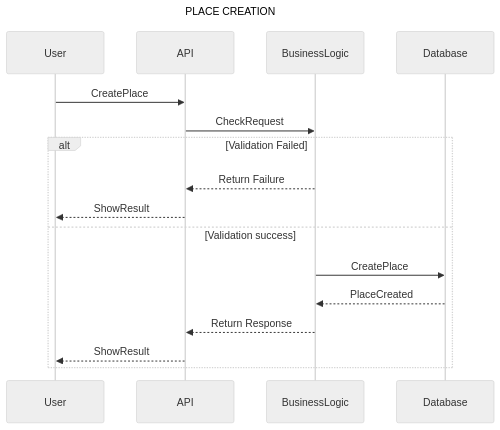
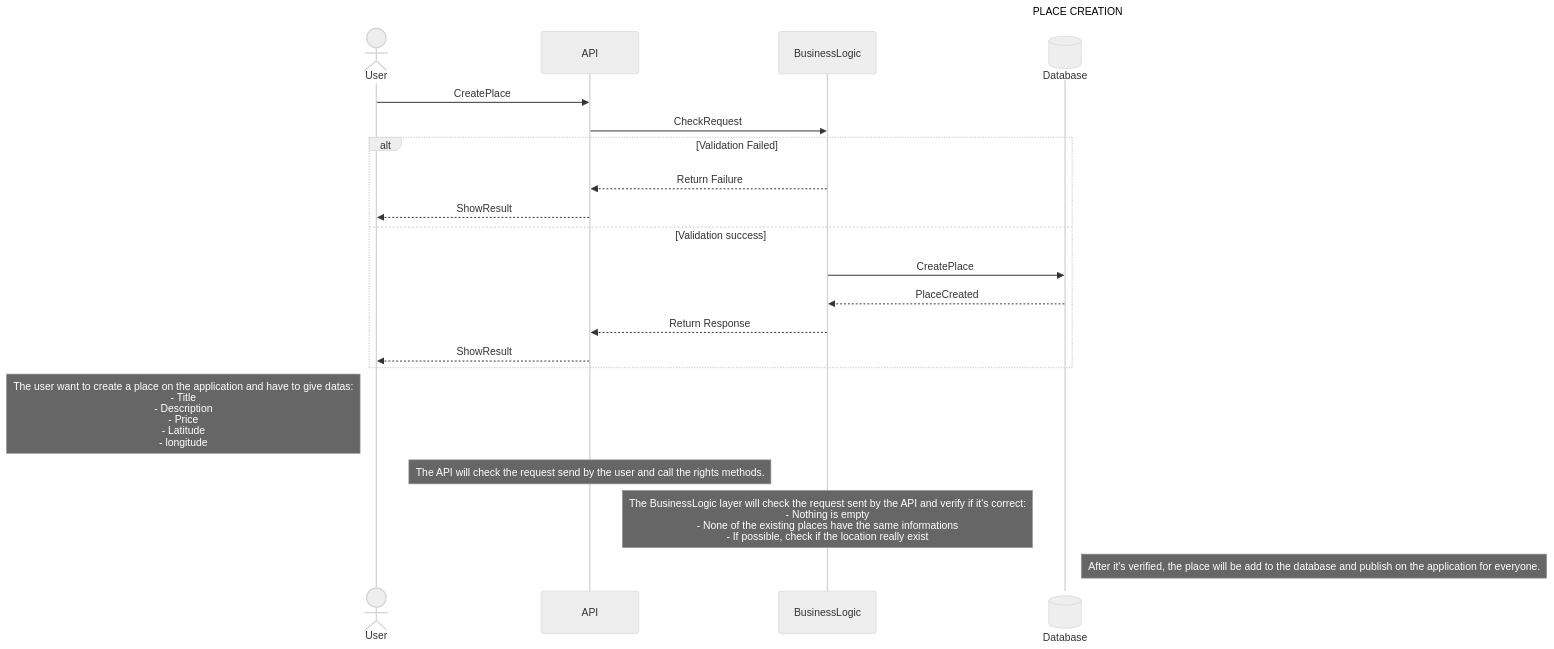
The diagram in part1/Sequence_Diagram_Place_Creation.mermaid (EnzoMessaoudi/holbertonschool-hbnb), drawn with Mermaid before and after one commit.

Commit message:
ADD comments

```diff
--- a/part1/Sequence_Diagram_Place_Creation.mermaid
+++ b/part1/Sequence_Diagram_Place_Creation.mermaid
@@ -1,21 +1,29 @@
 %%{ init : { "theme": "neutral" } }%%
 
 sequenceDiagram
 title PLACE CREATION
-participant User
+actor User
 participant API
 participant BusinessLogic
-participant Database
+participant Database@{ "type" : "database" }
 
 User->>API: CreatePlace
 API->>BusinessLogic: CheckRequest
 
 alt Validation Failed
     BusinessLogic-->>API: Return Failure
     API-->>User: ShowResult
 else Validation success
     BusinessLogic->>Database: CreatePlace
     Database-->>BusinessLogic: PlaceCreated
     BusinessLogic-->>API: Return Response
     API-->>User: ShowResult
 end
+
+Note left of User: The user want to create a place on the application and have to give datas:<br/>- Title<br/>- Description<br/>- Price<br/>- Latitude<br/>- longitude
+
+Note over API: The API will check the request send by the user and call the rights methods.
+
+Note over BusinessLogic: The BusinessLogic layer will check the request sent by the API and verify if it's correct:<br/>- Nothing is empty<br/>- None of the existing places have the same informations<br/>- If possible, check if the location really exist
+
+Note right of Database: After it's verified, the place will be add to the database and publish on the application for everyone.
```
